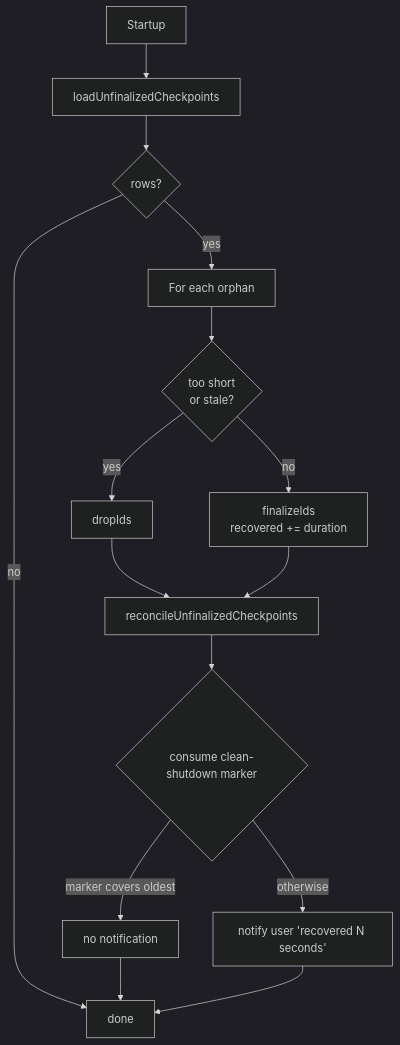
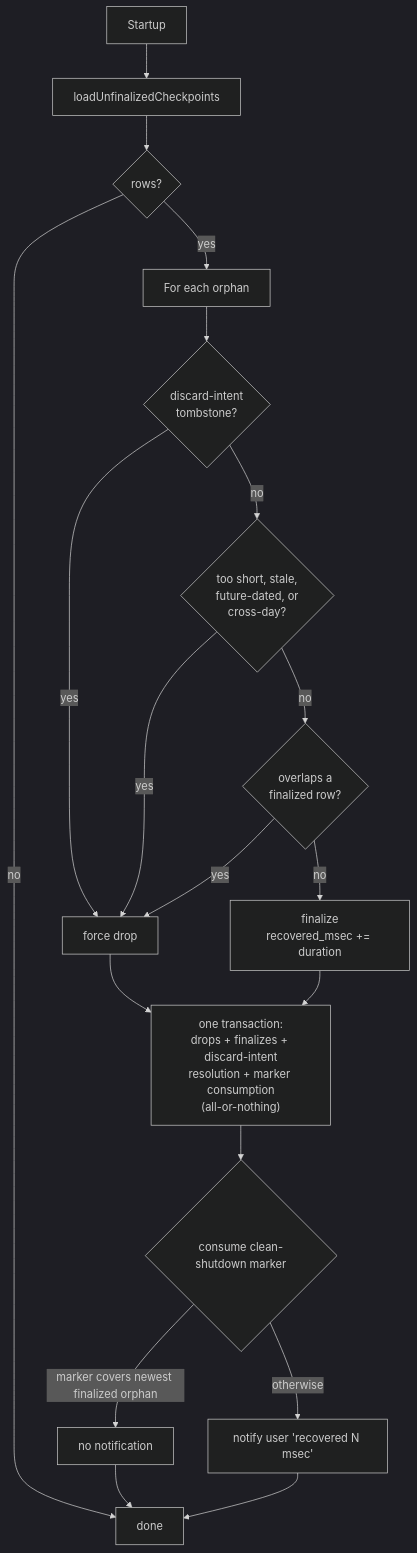
Before and after one commit to marifoo/PausePilot: the diagram in doc/persistence.md, drawn with Mermaid (dark theme). The commit also changed other lines of this file and 5 other files, not shown here.

````diff
--- a/doc/persistence.md
+++ b/doc/persistence.md
@@ -125,17 +151,21 @@
 ```mermaid
 flowchart TD
     A[Startup] --> B[loadUnfinalizedCheckpoints]
     B --> C{rows?}
     C -- no --> Z[done]
     C -- yes --> D[For each orphan]
-    D --> E{too short<br/>or stale?}
-    E -- yes --> F[dropIds]
-    E -- no --> G[finalizeIds<br/>recovered += duration]
-    F --> H[reconcileUnfinalizedCheckpoints]
+    D --> DI{discard-intent<br/>tombstone?}
+    DI -- yes --> F[force drop]
+    DI -- no --> E{too short, stale,<br/>future-dated, or<br/>cross-day?}
+    E -- yes --> F
+    E -- no --> OV{overlaps a<br/>finalized row?}
+    OV -- yes --> F
+    OV -- no --> G[finalize<br/>recovered_msec += duration]
+    F --> H["one transaction:<br/>drops + finalizes + discard-intent<br/>resolution + marker consumption<br/>(all-or-nothing)"]
     G --> H
     H --> I{consume clean-shutdown marker}
-    I -- marker covers oldest --> J[no notification]
-    I -- otherwise --> K[notify user 'recovered N seconds']
+    I -- marker covers newest finalized orphan --> J[no notification]
+    I -- otherwise --> K[notify user 'recovered N msec']
     J --> Z
     K --> Z
 ```
````
